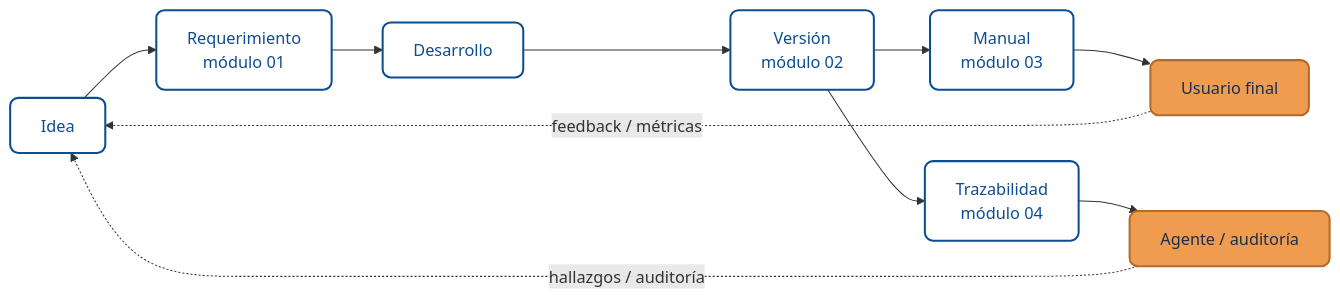
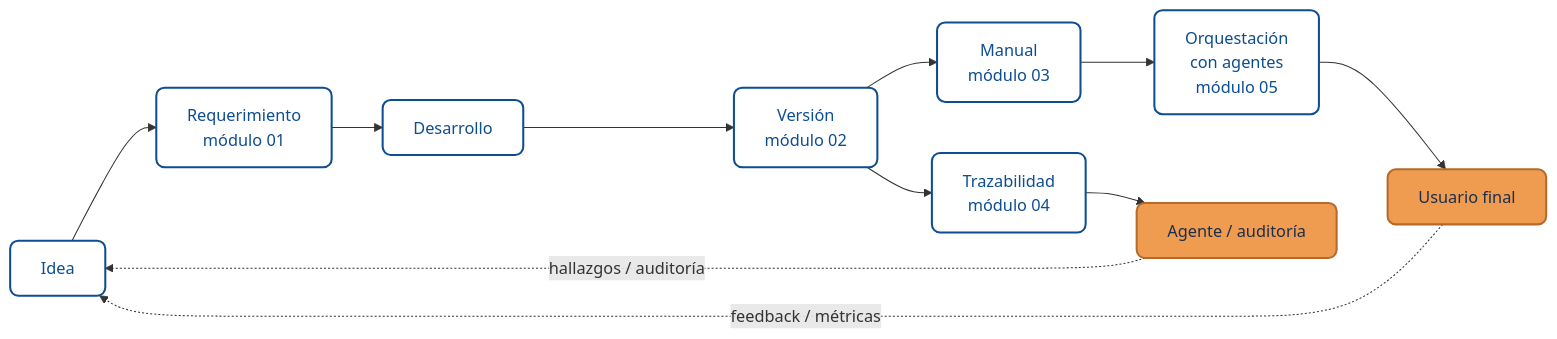
Before and after one commit to 10xGuatemala/bootcamp: the diagram in docs/documentacion-y-requerimientos/index.md, drawn with Mermaid. The commit also changed other lines of this file and 10 other files, not shown here.

````diff
--- a/docs/documentacion-y-requerimientos/index.md
+++ b/docs/documentacion-y-requerimientos/index.md
@@ -35,16 +35,17 @@
 ```mermaid
 flowchart LR
     I[Idea] --> R[Requerimiento<br/>módulo 01]
     R --> D[Desarrollo]
     D --> V[Versión<br/>módulo 02]
     V --> M[Manual<br/>módulo 03]
     V --> T[Trazabilidad<br/>módulo 04]
-    M --> U[Usuario final]
+    M --> O[Orquestación<br/>con agentes<br/>módulo 05]
+    O --> U[Usuario final]
     T --> A[Agente / auditoría]
     U -.feedback / métricas.-> I
     A -.hallazgos / auditoría.-> I
     classDef node fill:#ffffff,stroke:#0d4d92,stroke-width:2px,color:#0d4d92,rx:8,ry:8
     classDef out fill:#ef9b50,color:#1a2f4d,stroke:#b56a2a,rx:8,ry:8
-    class I,R,D,V,M,T node
+    class I,R,D,V,M,T,O node
     class U,A out
 ```
````
